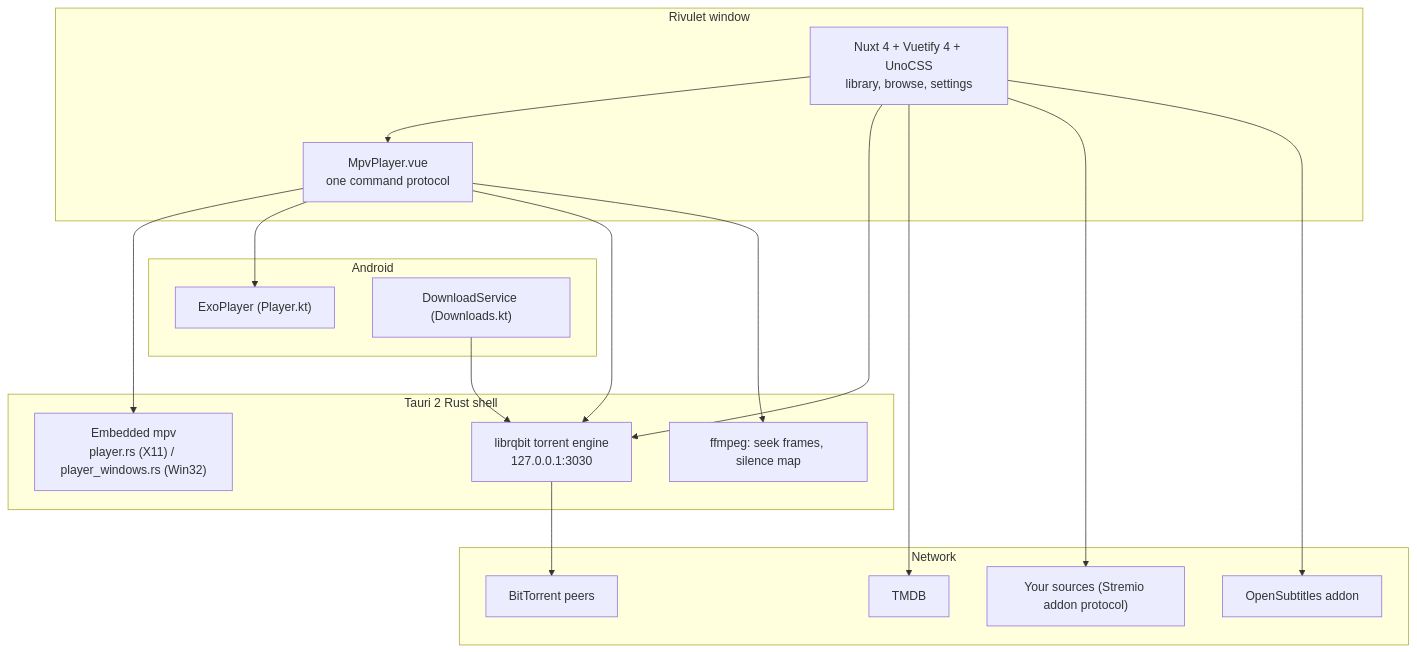
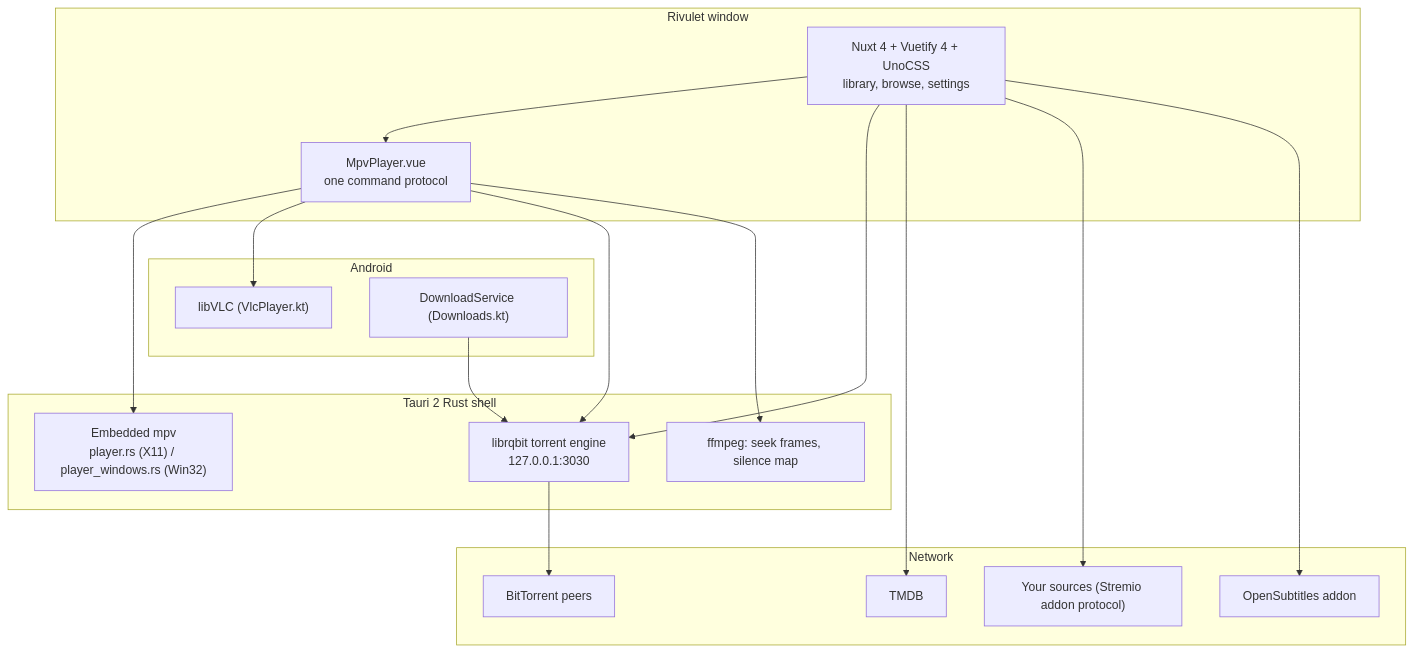
One commit to baigcoder/rivulet changed the diagram in README.md. Above: the diagram before and after it, drawn with Mermaid. The commit also changed other lines of this file and 176 other files, not shown here.

````diff
--- a/README.md
+++ b/README.md
@@ -761,37 +761,37 @@
 ```mermaid
 flowchart TD
   subgraph Window["Rivulet window"]
     UI["Nuxt 4 + Vuetify 4 + UnoCSS<br/>library, browse, settings"]
     Player["MpvPlayer.vue<br/>one command protocol"]
     UI --> Player
   end
 
   subgraph Shell["Tauri 2 Rust shell"]
     Mpv["Embedded mpv<br/>player.rs (X11) / player_windows.rs (Win32)"]
     Engine["librqbit torrent engine<br/>127.0.0.1:3030"]
     Ff["ffmpeg: seek frames, silence map"]
   end
 
   subgraph Android["Android"]
-    Exo["ExoPlayer (Player.kt)"]
+    Vlc["libVLC (VlcPlayer.kt)"]
     Svc["DownloadService (Downloads.kt)"]
   end
 
   subgraph Net["Network"]
     Tmdb["TMDB"]
     Src["Your sources (Stremio addon protocol)"]
     Subs["OpenSubtitles addon"]
     Peers["BitTorrent peers"]
   end
 
   Player --> Mpv
-  Player --> Exo
+  Player --> Vlc
   Player --> Engine
   Player --> Ff
   UI --> Engine
   UI --> Tmdb
   UI --> Src
   UI --> Subs
   Engine --> Peers
   Svc --> Engine
 ```
````
